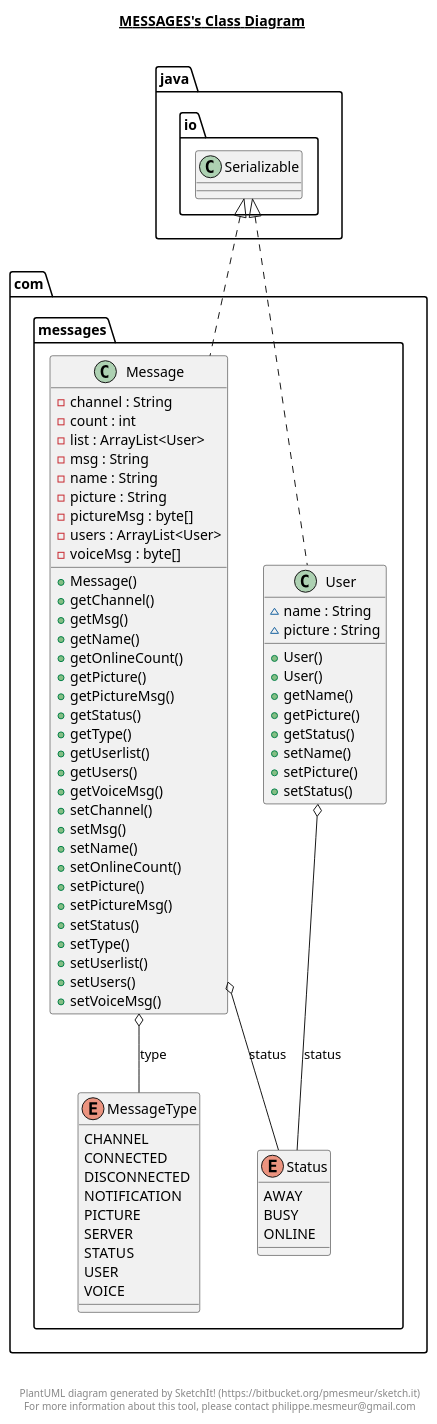
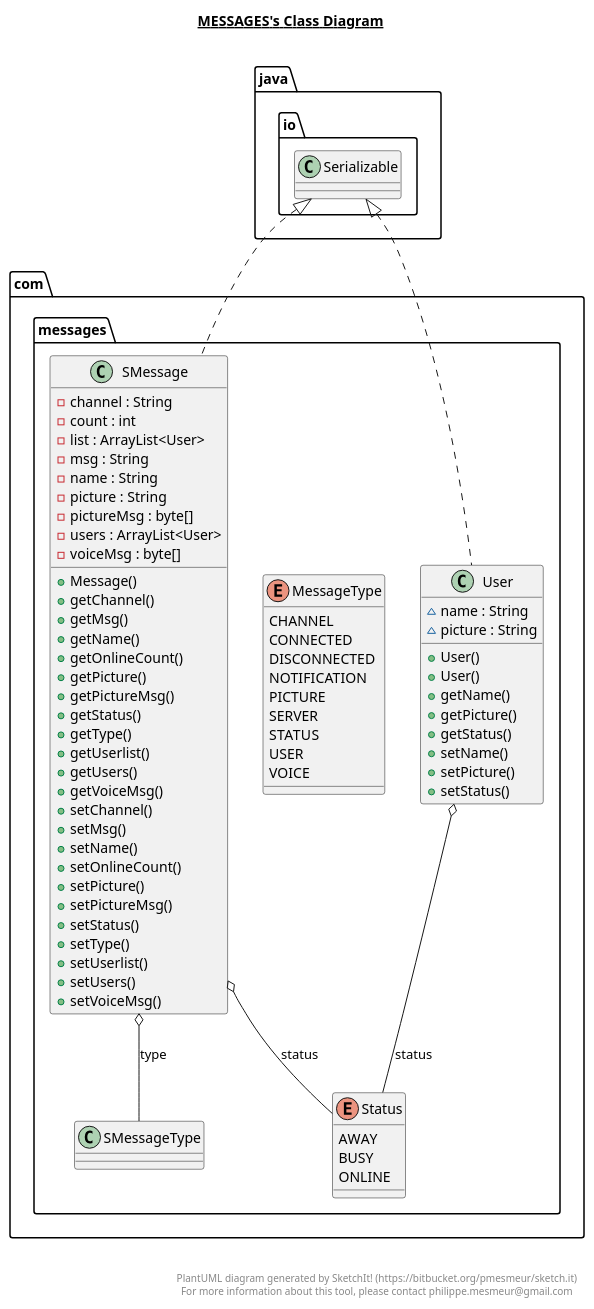
The diagram in core/out/production/core/com/messages/messages.plantuml (thuyhoang-bkuer/CN-assignment-1), drawn with PlantUML before and after one commit. The commit also changed 103 other files, not shown here.

```diff
--- a/core/out/production/core/com/messages/messages.plantuml
+++ b/core/out/production/core/com/messages/messages.plantuml
@@ -1,97 +1,97 @@
 @startuml
 
 title __MESSAGES's Class Diagram__\n
 
   namespace com.messages {
-    class com.messages.Message {
+    class com.messages.SMessage {
         - channel : String
         - count : int
         - list : ArrayList<User>
         - msg : String
         - name : String
         - picture : String
         - pictureMsg : byte[]
         - users : ArrayList<User>
         - voiceMsg : byte[]
         + Message()
         + getChannel()
         + getMsg()
         + getName()
         + getOnlineCount()
         + getPicture()
         + getPictureMsg()
         + getStatus()
         + getType()
         + getUserlist()
         + getUsers()
         + getVoiceMsg()
         + setChannel()
         + setMsg()
         + setName()
         + setOnlineCount()
         + setPicture()
         + setPictureMsg()
         + setStatus()
         + setType()
         + setUserlist()
         + setUsers()
         + setVoiceMsg()
     }
   }
   
 
   namespace com.messages {
     enum MessageType {
       CHANNEL
       CONNECTED
       DISCONNECTED
       NOTIFICATION
       PICTURE
       SERVER
       STATUS
       USER
       VOICE
     }
   }
   
 
   namespace com.messages {
     enum Status {
       AWAY
       BUSY
       ONLINE
     }
   }
   
 
   namespace com.messages {
     class com.messages.User {
         ~ name : String
         ~ picture : String
         + User()
         + User()
         + getName()
         + getPicture()
         + getStatus()
         + setName()
         + setPicture()
         + setStatus()
     }
   }
   
 
-  com.messages.Message .up.|> java.io.Serializable
-  com.messages.Message o-- com.messages.Status : status
-  com.messages.Message o-- com.messages.MessageType : type
+  com.messages.SMessage .up.|> java.io.Serializable
+  com.messages.SMessage o-- com.messages.Status : status
+  com.messages.SMessage o-- com.messages.SMessageType : type
   com.messages.User .up.|> java.io.Serializable
   com.messages.User o-- com.messages.Status : status
 
 
 right footer
 
 
 PlantUML diagram generated by SketchIt! (https://bitbucket.org/pmesmeur/sketch.it)
 For more information about this tool, please contact philippe.mesmeur@gmail.com
 endfooter
 
 @enduml
```
